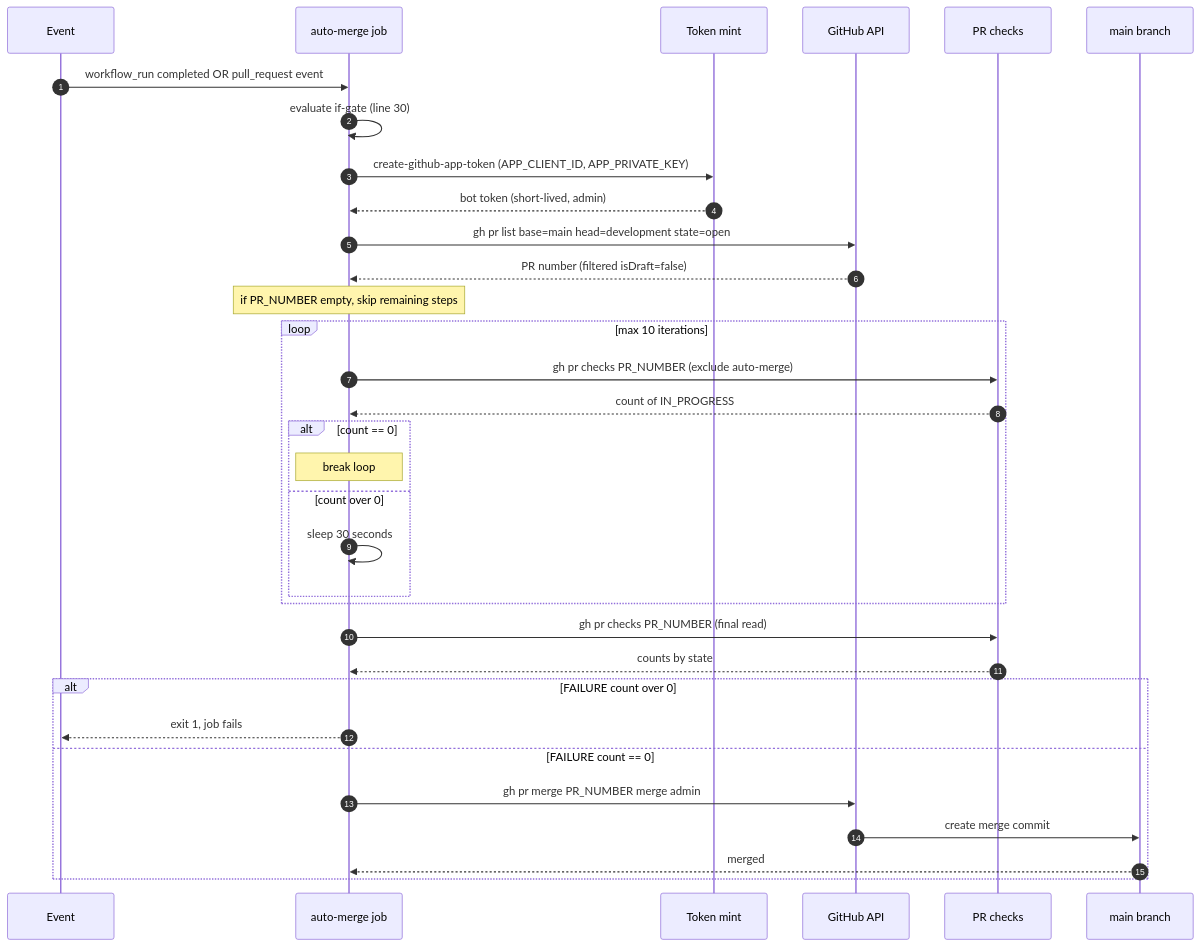
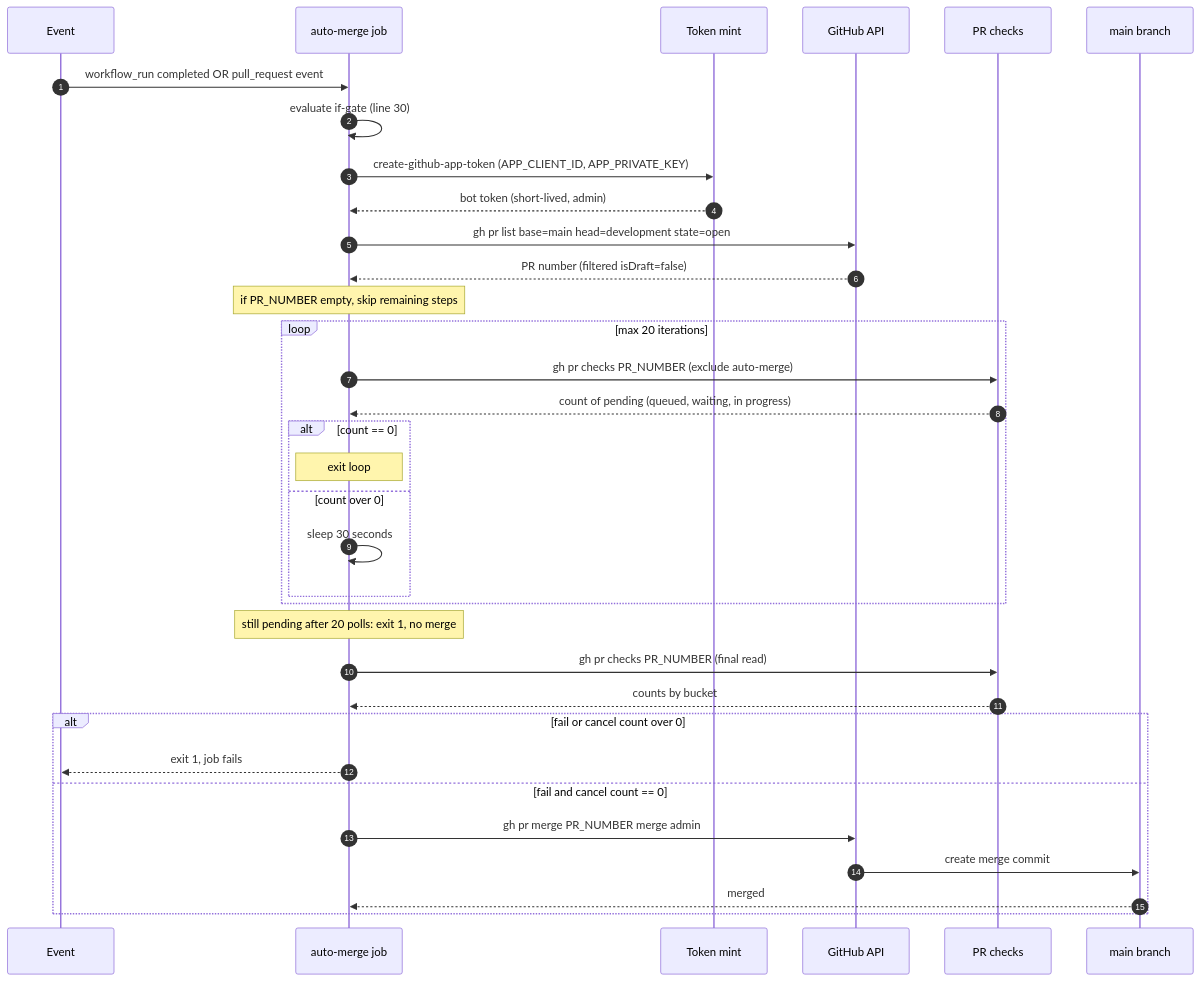
The fifth of 13 diagrams in .github/docs/AUTO_MERGE_MAIN_PR_DEEP_DIVE.md (llm-exe/llm-exe), drawn with Mermaid before and after one commit. The commit also changed other lines of this file and 2 other files, not shown here.

First line of the commit message:
ci(auto-merge): wait for queued checks and fail closed on timeout

````diff
--- a/.github/docs/AUTO_MERGE_MAIN_PR_DEEP_DIVE.md
+++ b/.github/docs/AUTO_MERGE_MAIN_PR_DEEP_DIVE.md
@@ -218,36 +218,37 @@
 ```mermaid
 sequenceDiagram
     autonumber
     participant E as Event
     participant J as auto-merge job
     participant T as Token mint
     participant GH as GitHub API
     participant CK as PR checks
     participant M as main branch
 
     E->>J: workflow_run completed OR pull_request event
     J->>J: evaluate if-gate (line 30)
     J->>T: create-github-app-token (APP_CLIENT_ID, APP_PRIVATE_KEY)
     T-->>J: bot token (short-lived, admin)
     J->>GH: gh pr list base=main head=development state=open
     GH-->>J: PR number (filtered isDraft=false)
     Note over J: if PR_NUMBER empty, skip remaining steps
-    loop max 10 iterations
+    loop max 20 iterations
         J->>CK: gh pr checks PR_NUMBER (exclude auto-merge)
-        CK-->>J: count of IN_PROGRESS
+        CK-->>J: count of pending (queued, waiting, in progress)
         alt count == 0
-            Note over J: break loop
+            Note over J: exit loop
         else count over 0
             J->>J: sleep 30 seconds
         end
     end
+    Note over J: still pending after 20 polls: exit 1, no merge
     J->>CK: gh pr checks PR_NUMBER (final read)
-    CK-->>J: counts by state
-    alt FAILURE count over 0
+    CK-->>J: counts by bucket
+    alt fail or cancel count over 0
         J-->>E: exit 1, job fails
-    else FAILURE count == 0
+    else fail and cancel count == 0
         J->>GH: gh pr merge PR_NUMBER merge admin
         GH->>M: create merge commit
         M-->>J: merged
     end
 ```
````
